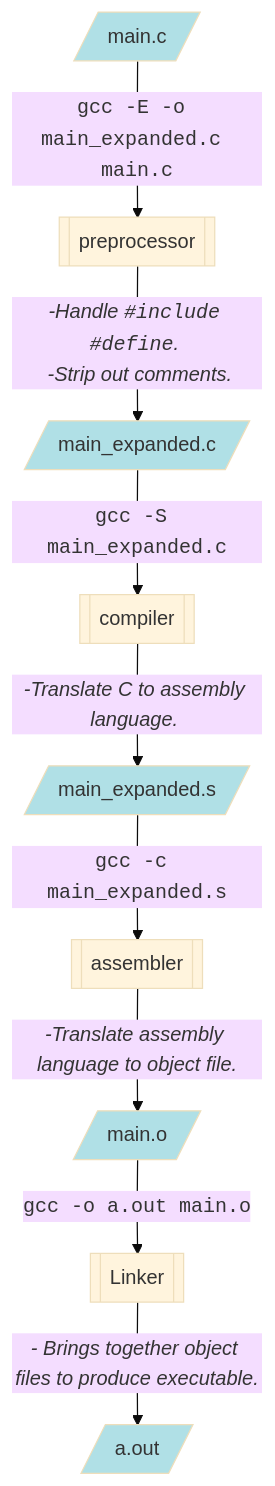
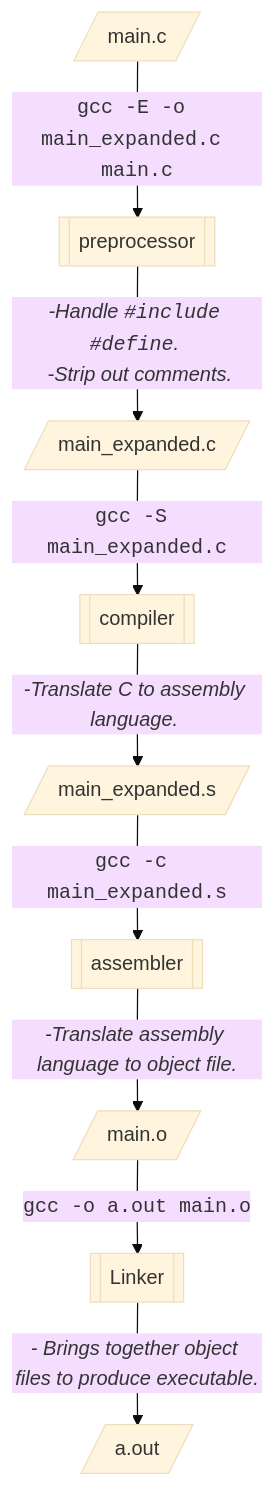
One commit to manutv08/Data-Structures-and-Algorithms changed the first of 4 diagrams in README.md. Above: the diagram before and after it, drawn with Mermaid (base theme).

Commit message:
README mermaid style removed

````diff
--- a/README.md
+++ b/README.md
@@ -19,23 +19,23 @@
 ```mermaid
 graph 
     main[/main.c/] -- <code>gcc -E -o main_expanded.c main.c</code>  --> PRE[[preprocessor]]
 
 
     PRE -- <em>-Handle <code>#include</code> <code>#define</code>.</em> <br/> <em>-Strip out comments.</em> -->main_exp[/main_expanded.c/]
 
     main_exp -- <code>gcc -S main_expanded.c</code> --> COMP[[compiler]]
 
     COMP -- <em>-Translate C to assembly language.</em> <br/> --> MAINasmb[/main_expanded.s/]
 
     MAINasmb -- <code>gcc -c main_expanded.s</code> --> ASMBLR[[assembler]]
 
     ASMBLR -- <em>-Translate assembly language to object file.</em>  --> MAINobj[/main.o/]
 
     MAINobj -- <code>gcc -o a.out main.o </code> --> LINK[[Linker]]
 
     LINK -- <em>- Brings together object files to produce executable.</em> --> OUT[/a.out/]
 
-    classDef powderB fill:#B0E0E6;
-    class main,main_exp,MAINasmb,MAINobj,OUT powderB
+    %%classDef powderB fill:#B0E0E6;
+    %%class main,main_exp,MAINasmb,MAINobj,OUT powderB
 
 ```
````
